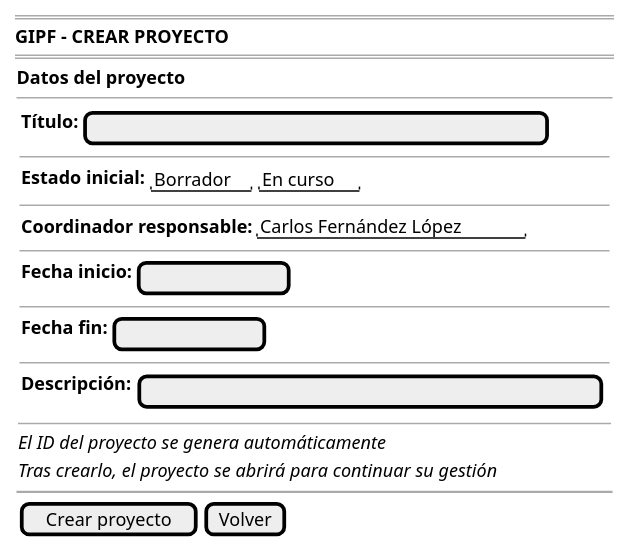
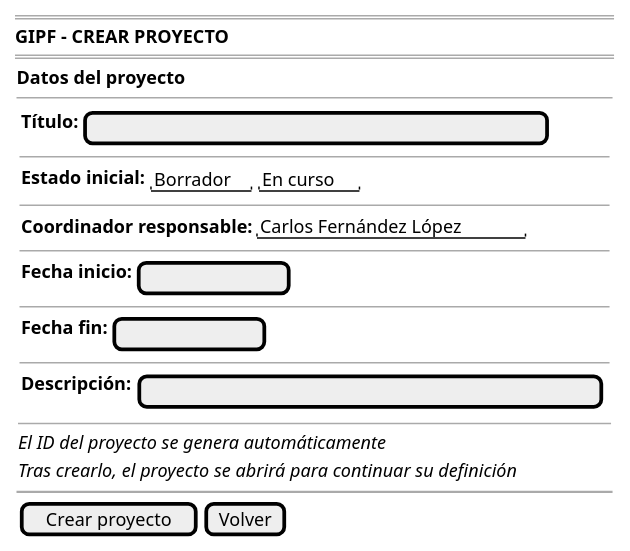
The diagram in documents/casosDeUso/detalle/coordinador/02-gestion-proyectos/crearProyecto/prototipo/prototipo.puml (31Diego/25-26-IdSw1-SdR), drawn with PlantUML before and after one commit. The commit also changed 38 other files, not shown here.

```diff
--- a/documents/casosDeUso/detalle/coordinador/02-gestion-proyectos/crearProyecto/prototipo/prototipo.puml
+++ b/documents/casosDeUso/detalle/coordinador/02-gestion-proyectos/crearProyecto/prototipo/prototipo.puml
@@ -1,34 +1,34 @@
 @startsalt crearProyecto-wireframe
 {
     ====
     <b>GIPF - CREAR PROYECTO</b>
     ====
     {
         <b>Datos del proyecto</b>
         --
         {
             {
             {<b>Título:</b> | [                                      ]}
             --
             {<b>Estado inicial:</b> | { "Borrador" | "En curso" }}
             --
             {<b>Coordinador responsable:</b> | "Carlos Fernández López"}
             --
             {<b>Fecha inicio:</b> | [            ]}
             --
             {<b>Fecha fin:</b> | [            ]}
             --
             {<b>Descripción:</b> |
                 {[                                      ]}}
             }
             --
             <i>El ID del proyecto se genera automáticamente</i>
-            <i>Tras crearlo, el proyecto se abrirá para continuar su gestión</i>
+            <i>Tras crearlo, el proyecto se abrirá para continuar su definición</i>
         }
 
         ~~
 
         {[Crear proyecto] | [Volver]}
     }
 }
 @endsalt
```
